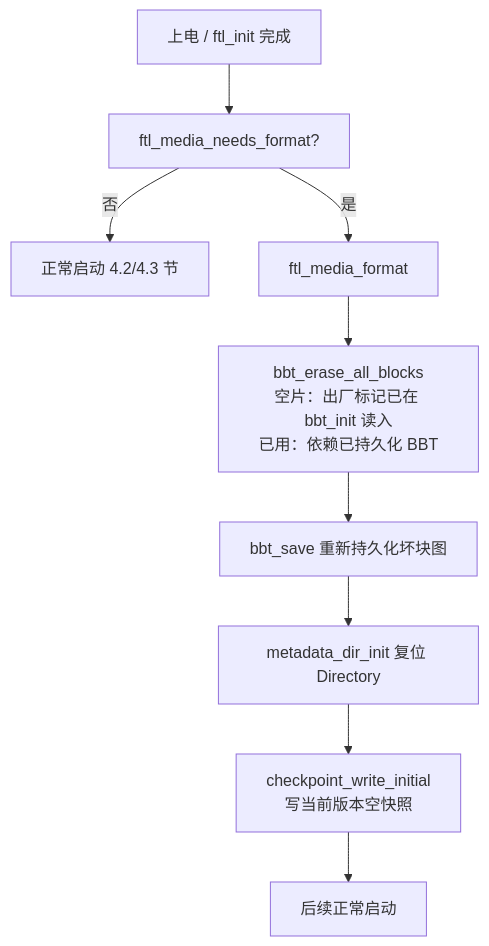
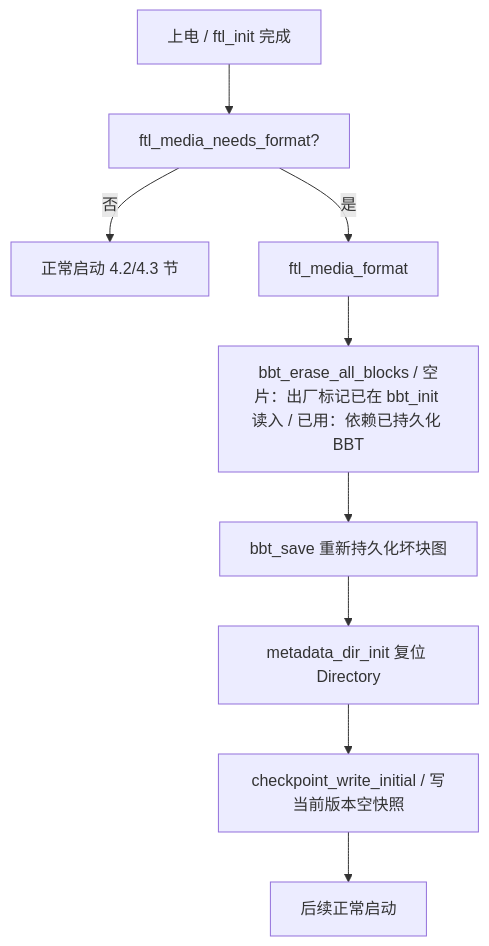
Diagram 19 of 28 in docs/design/ftl_design.md (YzYMIAO/BASESSD), drawn with Mermaid before and after one commit. The commit also changed other lines of this file, not shown here.

First line of the commit message:
docs(ftl): 修复 6 张 stateDiagram 的围栏粘连

````diff
--- a/docs/design/ftl_design.md
+++ b/docs/design/ftl_design.md
@@ -2791,11 +2791,11 @@
 ```mermaid
 flowchart TD
     A["上电 / ftl_init 完成"] --> B["ftl_media_needs_format?"]
-    B -- "否" --> C["正常启动 4.2/4.3 节 "]
+    B -- "否" --> C["正常启动 4.2/4.3 节"]
     B -- "是" --> D["ftl_media_format"]
-    D --> D1["bbt_erase_all_blocks<br/>空片：出厂标记已在 bbt_init 读入<br/>已用：依赖已持久化 BBT"]
+    D --> D1["bbt_erase_all_blocks / 空片：出厂标记已在 bbt_init 读入 / 已用：依赖已持久化 BBT"]
     D1 --> D2["bbt_save 重新持久化坏块图"]
     D2 --> D3["metadata_dir_init 复位 Directory"]
-    D3 --> D4["checkpoint_write_initial<br/>写当前版本空快照"]
+    D3 --> D4["checkpoint_write_initial / 写当前版本空快照"]
     D4 --> E["后续正常启动"]
 ```
````
